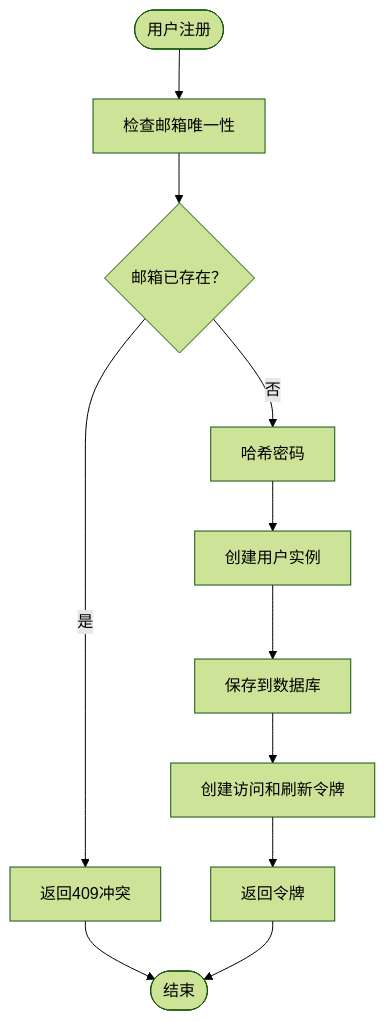
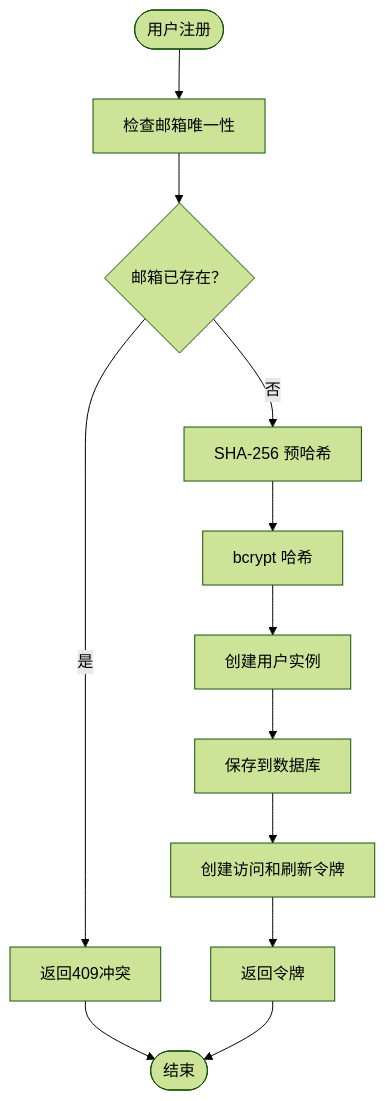
One commit to selectzhangyuan/AI-photo-coach changed the seventh of 11 diagrams in .qoder/repowiki/zh/content/安全和认证/密码哈希与验证.md. Above: the diagram before and after it, drawn with Mermaid (forest theme). The commit also changed other lines of this file and 28 other files, not shown here.

````diff
--- a/.qoder/repowiki/zh/content/安全和认证/密码哈希与验证.md
+++ b/.qoder/repowiki/zh/content/安全和认证/密码哈希与验证.md
@@ -269,13 +312,14 @@
 ```mermaid
 flowchart TD
 Start([用户注册]) --> CheckEmail["检查邮箱唯一性"]
 CheckEmail --> Exists{"邮箱已存在？"}
 Exists --> |是| ReturnConflict["返回409冲突"]
-Exists --> |否| HashPassword["哈希密码"]
+Exists --> |否| PrehashPassword["SHA-256 预哈希"]
+PrehashPassword --> HashPassword["bcrypt 哈希"]
 HashPassword --> CreateUser["创建用户实例"]
 CreateUser --> SaveUser["保存到数据库"]
 SaveUser --> CreateTokens["创建访问和刷新令牌"]
 CreateTokens --> ReturnSuccess["返回令牌"]
 ReturnConflict --> End([结束])
 ReturnSuccess --> End
 ```
````
